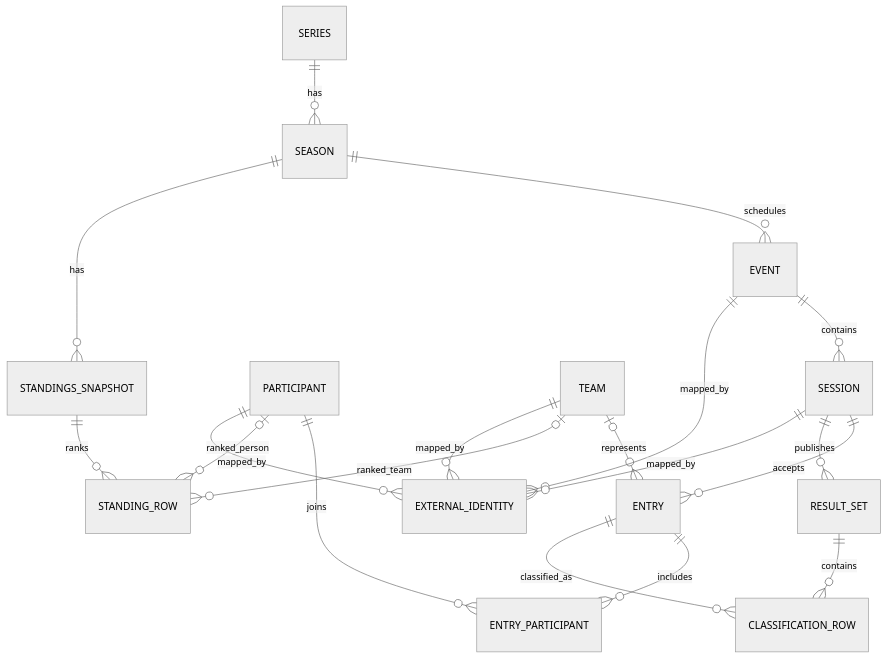
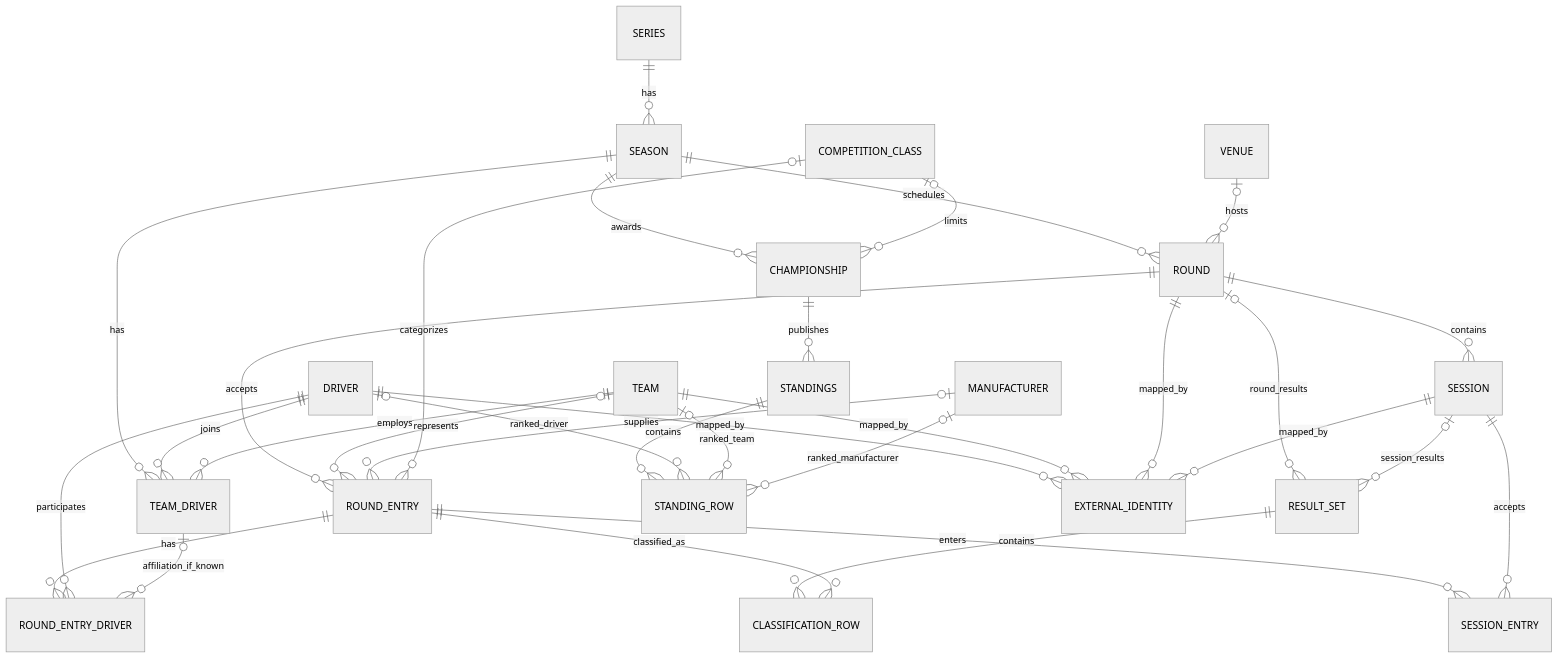
One commit to zhangxijing97/motorsport-tracker changed the diagram in docs/data-model.md. Above: the diagram before and after it, drawn with Mermaid (neutral theme). The commit also changed other lines of this file, not shown here.

````diff
--- a/docs/data-model.md
+++ b/docs/data-model.md
@@ -9,21 +7,39 @@
 ```mermaid
 erDiagram
   SERIES ||--o{ SEASON : has
-  SEASON ||--o{ EVENT : schedules
-  EVENT ||--o{ SESSION : contains
-  SESSION ||--o{ ENTRY : accepts
-  ENTRY ||--o{ ENTRY_PARTICIPANT : includes
-  PARTICIPANT ||--o{ ENTRY_PARTICIPANT : joins
-  TEAM o|--o{ ENTRY : represents
-  SESSION ||--o{ RESULT_SET : publishes
+  SEASON ||--o{ ROUND : schedules
+  VENUE o|--o{ ROUND : hosts
+  ROUND ||--o{ SESSION : contains
+
+  SEASON ||--o{ TEAM_DRIVER : has
+  DRIVER ||--o{ TEAM_DRIVER : joins
+  TEAM ||--o{ TEAM_DRIVER : employs
+
+  ROUND ||--o{ ROUND_ENTRY : accepts
+  TEAM o|--o{ ROUND_ENTRY : represents
+  MANUFACTURER o|--o{ ROUND_ENTRY : supplies
+  COMPETITION_CLASS o|--o{ ROUND_ENTRY : categorizes
+  ROUND_ENTRY ||--o{ ROUND_ENTRY_DRIVER : has
+  DRIVER ||--o{ ROUND_ENTRY_DRIVER : participates
+  TEAM_DRIVER o|--o{ ROUND_ENTRY_DRIVER : affiliation_if_known
+  ROUND_ENTRY ||--o{ SESSION_ENTRY : enters
+  SESSION ||--o{ SESSION_ENTRY : accepts
+
+  ROUND o|--o{ RESULT_SET : round_results
+  SESSION o|--o{ RESULT_SET : session_results
   RESULT_SET ||--o{ CLASSIFICATION_ROW : contains
-  ENTRY ||--o{ CLASSIFICATION_ROW : classified_as
-  SEASON ||--o{ STANDINGS_SNAPSHOT : has
-  STANDINGS_SNAPSHOT ||--o{ STANDING_ROW : ranks
-  PARTICIPANT o|--o{ STANDING_ROW : ranked_person
+  ROUND_ENTRY ||--o{ CLASSIFICATION_ROW : classified_as
+
+  SEASON ||--o{ CHAMPIONSHIP : awards
+  COMPETITION_CLASS o|--o{ CHAMPIONSHIP : limits
+  CHAMPIONSHIP ||--o{ STANDINGS : publishes
+  STANDINGS ||--o{ STANDING_ROW : contains
+  DRIVER o|--o{ STANDING_ROW : ranked_driver
   TEAM o|--o{ STANDING_ROW : ranked_team
-  PARTICIPANT ||--o{ EXTERNAL_IDENTITY : mapped_by
+  MANUFACTURER o|--o{ STANDING_ROW : ranked_manufacturer
+
+  DRIVER ||--o{ EXTERNAL_IDENTITY : mapped_by
   TEAM ||--o{ EXTERNAL_IDENTITY : mapped_by
-  EVENT ||--o{ EXTERNAL_IDENTITY : mapped_by
+  ROUND ||--o{ EXTERNAL_IDENTITY : mapped_by
   SESSION ||--o{ EXTERNAL_IDENTITY : mapped_by
 ```
````
